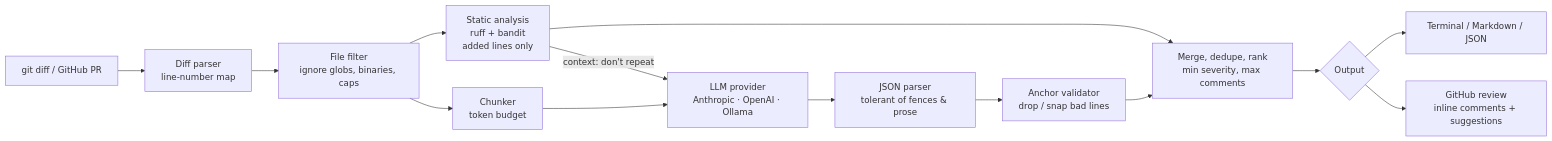
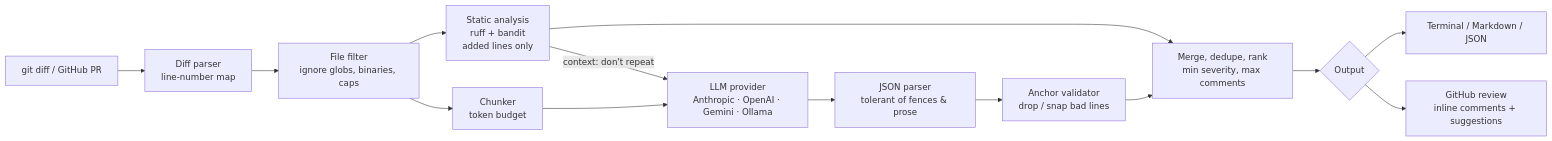
Before and after one commit to hamzaakrm/pr-sentinel: the diagram in README.md, drawn with Mermaid. The commit also changed other lines of this file and 6 other files, not shown here.

Commit message:
Add free Gemini provider

````diff
--- a/README.md
+++ b/README.md
@@ -35,16 +35,16 @@
 ```mermaid
 flowchart LR
     A[git diff / GitHub PR] --> B[Diff parser<br/>line-number map]
     B --> C[File filter<br/>ignore globs, binaries, caps]
     C --> D[Static analysis<br/>ruff + bandit<br/>added lines only]
     C --> E[Chunker<br/>token budget]
     D -->|context: don't repeat| F
-    E --> F[LLM provider<br/>Anthropic · OpenAI · Ollama]
+    E --> F[LLM provider<br/>Anthropic · OpenAI · Gemini · Ollama]
     F --> G[JSON parser<br/>tolerant of fences & prose]
     G --> H[Anchor validator<br/>drop / snap bad lines]
     D --> I[Merge, dedupe, rank<br/>min severity, max comments]
     H --> I
     I --> J{Output}
     J --> K[Terminal / Markdown / JSON]
     J --> L[GitHub review<br/>inline comments + suggestions]
 ```
````
